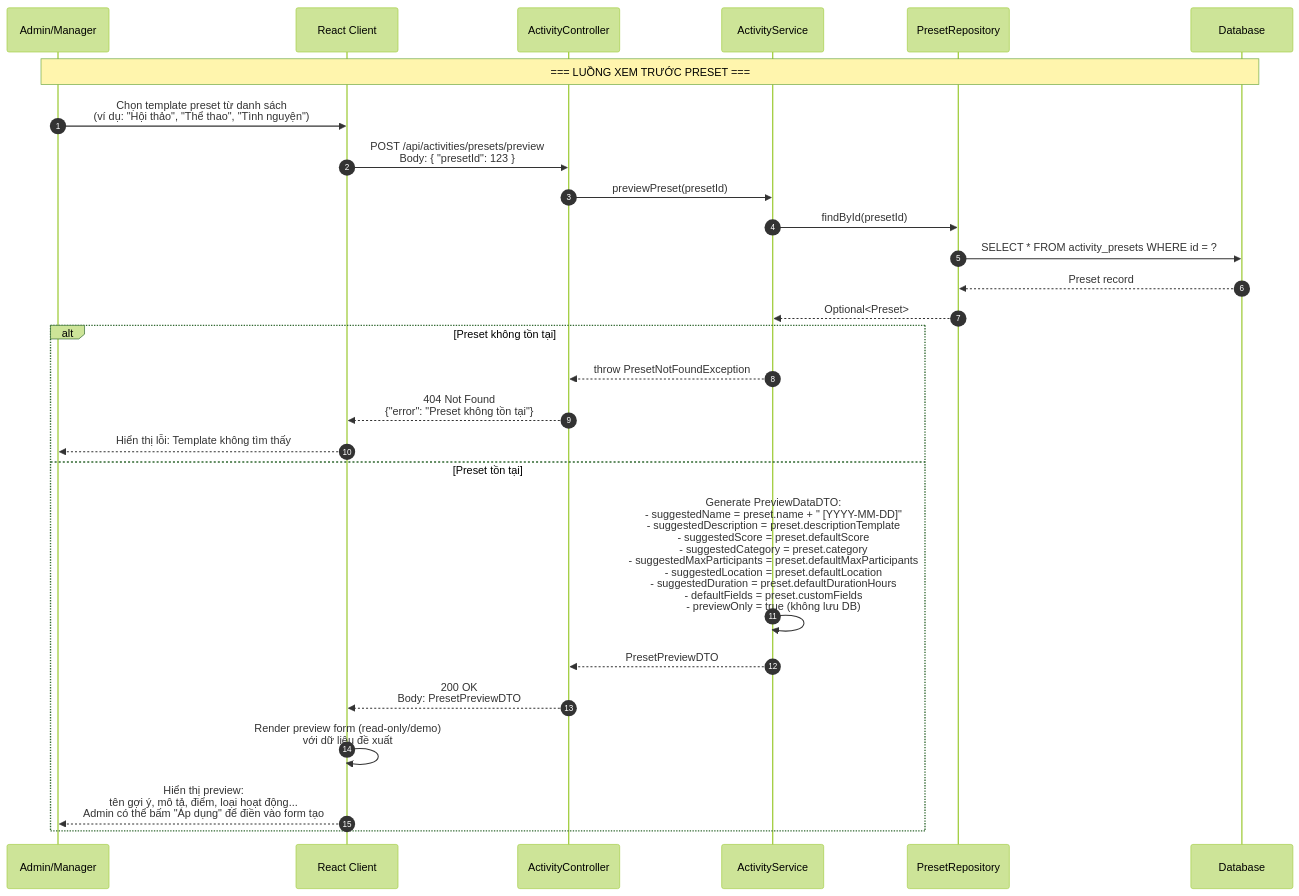
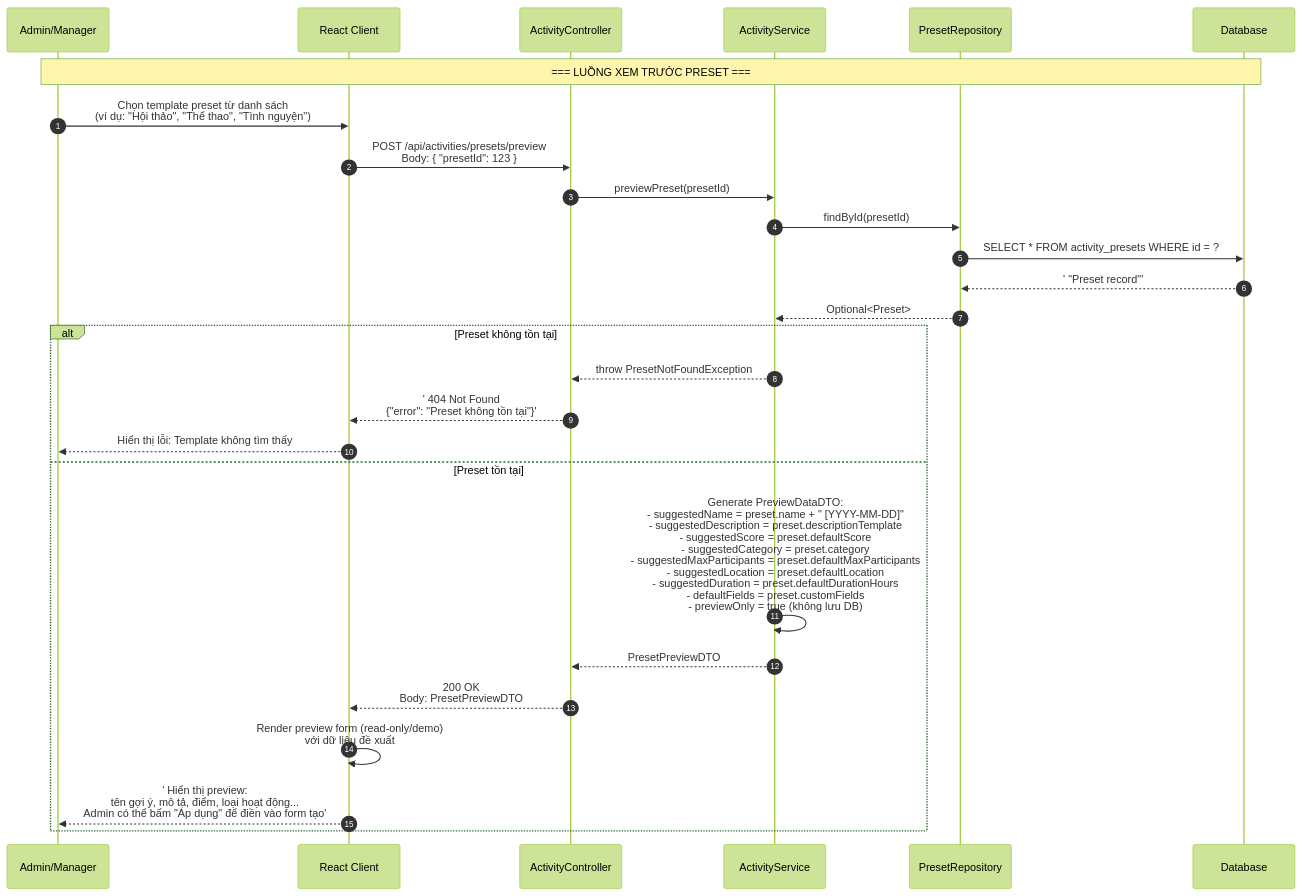
The fifth of 6 diagrams in docs/sequence-diagramV2/sequence-diagram-activity.md (mchien04/CampusLife), drawn with Mermaid (forest theme) before and after one commit. The commit also changed other lines of this file and 18 other files, not shown here.

First line of the commit message:
fix(sequence-diagramV2): fix Mermaid parse errors

````diff
--- a/docs/sequence-diagramV2/sequence-diagram-activity.md
+++ b/docs/sequence-diagramV2/sequence-diagram-activity.md
@@ -350,31 +350,31 @@
 ```mermaid
 sequenceDiagram
     autonumber
     participant Admin as Admin/Manager
     participant Client as React Client
     participant AC as ActivityController
     participant AS as ActivityService
     participant PR as PresetRepository
     participant DB as Database
 
     Note over Admin, DB: === LUỒNG XEM TRƯỚC PRESET ===
 
     Admin->>Client: Chọn template preset từ danh sách<br/>(ví dụ: "Hội thảo", "Thể thao", "Tình nguyện")
     Client->>AC: POST /api/activities/presets/preview<br/>Body: { "presetId": 123 }
     AC->>AS: previewPreset(presetId)
     AS->>PR: findById(presetId)
     PR->>DB: SELECT * FROM activity_presets WHERE id = ?
-    DB-->>PR: Preset record
+    DB-->>PR:' "Preset record"'
     PR-->>AS: Optional<Preset>
     alt Preset không tồn tại
         AS-->>AC: throw PresetNotFoundException
-        AC-->>Client: 404 Not Found<br/>{"error": "Preset không tồn tại"}
+        AC-->>Client:' 404 Not Found<br/>{"error": "Preset không tồn tại"}'
         Client-->>Admin: Hiển thị lỗi: Template không tìm thấy
     else Preset tồn tại
         AS->>AS: Generate PreviewDataDTO:<br/>- suggestedName = preset.name + " [YYYY-MM-DD]"<br/>- suggestedDescription = preset.descriptionTemplate<br/>- suggestedScore = preset.defaultScore<br/>- suggestedCategory = preset.category<br/>- suggestedMaxParticipants = preset.defaultMaxParticipants<br/>- suggestedLocation = preset.defaultLocation<br/>- suggestedDuration = preset.defaultDurationHours<br/>- defaultFields = preset.customFields<br/>- previewOnly = true (không lưu DB)
         AS-->>AC: PresetPreviewDTO
         AC-->>Client: 200 OK<br/>Body: PresetPreviewDTO
         Client->>Client: Render preview form (read-only/demo)<br/>với dữ liệu đề xuất
-        Client-->>Admin: Hiển thị preview:<br/>tên gợi ý, mô tả, điểm, loại hoạt động...<br/>Admin có thể bấm "Áp dụng" để điền vào form tạo
+        Client-->>Admin:' Hiển thị preview:<br/>tên gợi ý, mô tả, điểm, loại hoạt động...<br/>Admin có thể bấm "Áp dụng" để điền vào form tạo'
     end
 ```
````
